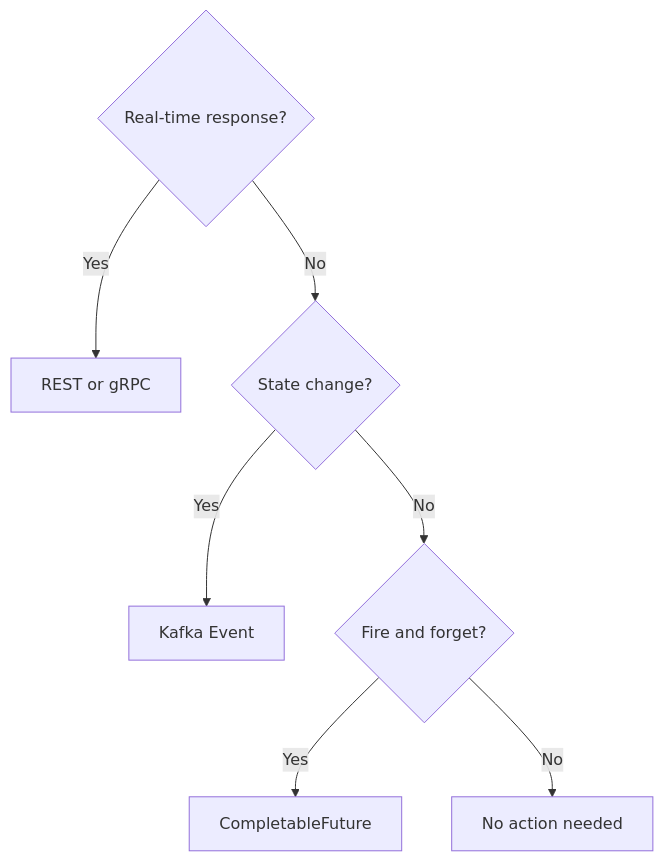
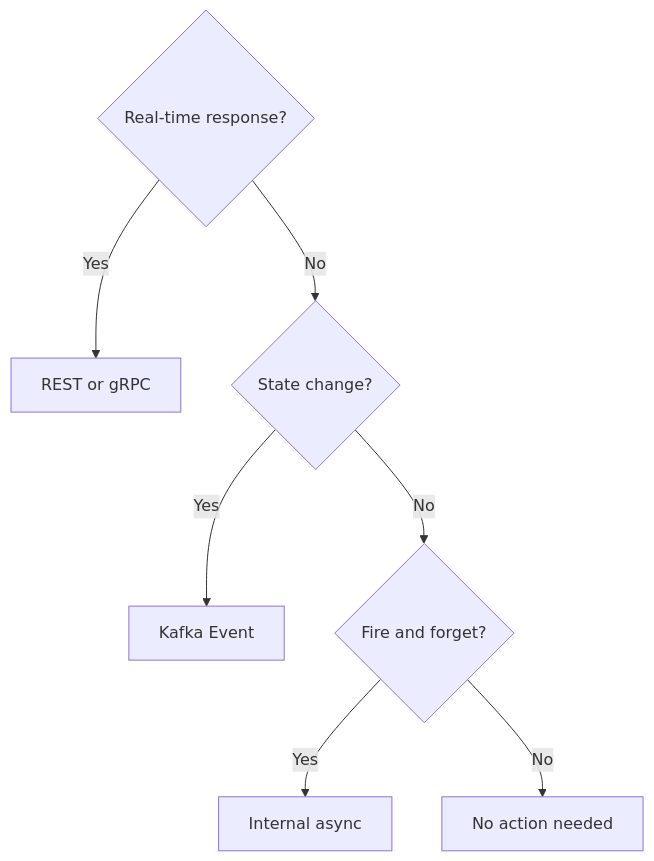
Before and after one commit to rishikeshdhokare/platform-manifesto: the second of 2 diagrams in 02-architecture-and-api/01-system-architecture.md, drawn with Mermaid. The commit also changed other lines of this file and 64 other files, not shown here.

````diff
--- a/02-architecture-and-api/01-system-architecture.md
+++ b/02-architecture-and-api/01-system-architecture.md
@@ -158,10 +164,10 @@
 ```mermaid
 flowchart TB
     Q1{Real-time response?}
     Q1 -->|Yes| Sync[REST or gRPC]
     Q1 -->|No| Q2{State change?}
     Q2 -->|Yes| Event[Kafka Event]
     Q2 -->|No| Q3{Fire and forget?}
-    Q3 -->|Yes| Async[CompletableFuture]
+    Q3 -->|Yes| Async[Internal async]
     Q3 -->|No| Skip[No action needed]
 ```
````
